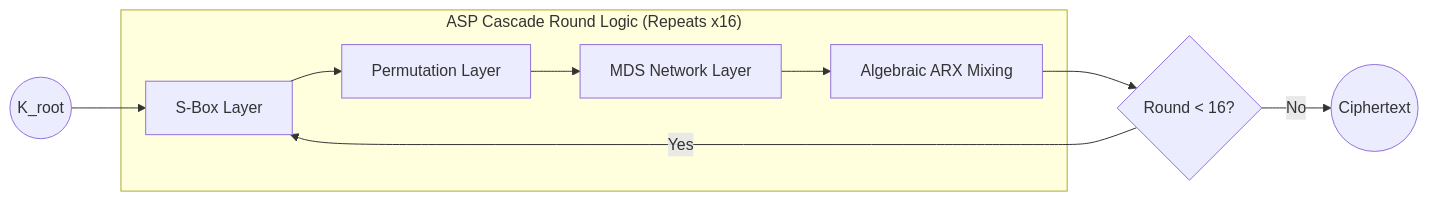
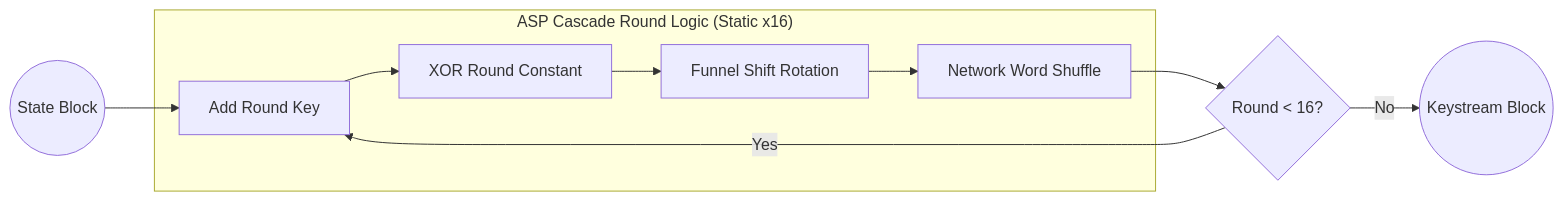
The third of 4 diagrams in d-asp/DASP_SYSTEM_FLOW.md (Kryklin/darkstar), drawn with Mermaid before and after one commit. The commit also changed other lines of this file and 32 other files, not shown here.

````diff
--- a/d-asp/DASP_SYSTEM_FLOW.md
+++ b/d-asp/DASP_SYSTEM_FLOW.md
@@ -61,13 +62,13 @@
 ```mermaid
 graph LR
-    subgraph "ASP Cascade Round Logic (Repeats x16)"
-    S[S-Box Layer] --> P[Permutation Layer]
-    P --> N[MDS Network Layer]
-    N --> A[Algebraic ARX Mixing]
+    subgraph "ASP Cascade Round Logic (Static x16)"
+    S[Add Round Key] --> P[XOR Round Constant]
+    P --> N[Funnel Shift Rotation]
+    N --> A[Network Word Shuffle]
     end
     
-    Start((K_root)) --> S
+    Start((State Block)) --> S
     A --> Loop{Round < 16?}
     Loop -- Yes --> S
-    Loop -- No --> End((Ciphertext))
+    Loop -- No --> End((Keystream Block))
 ```
````
